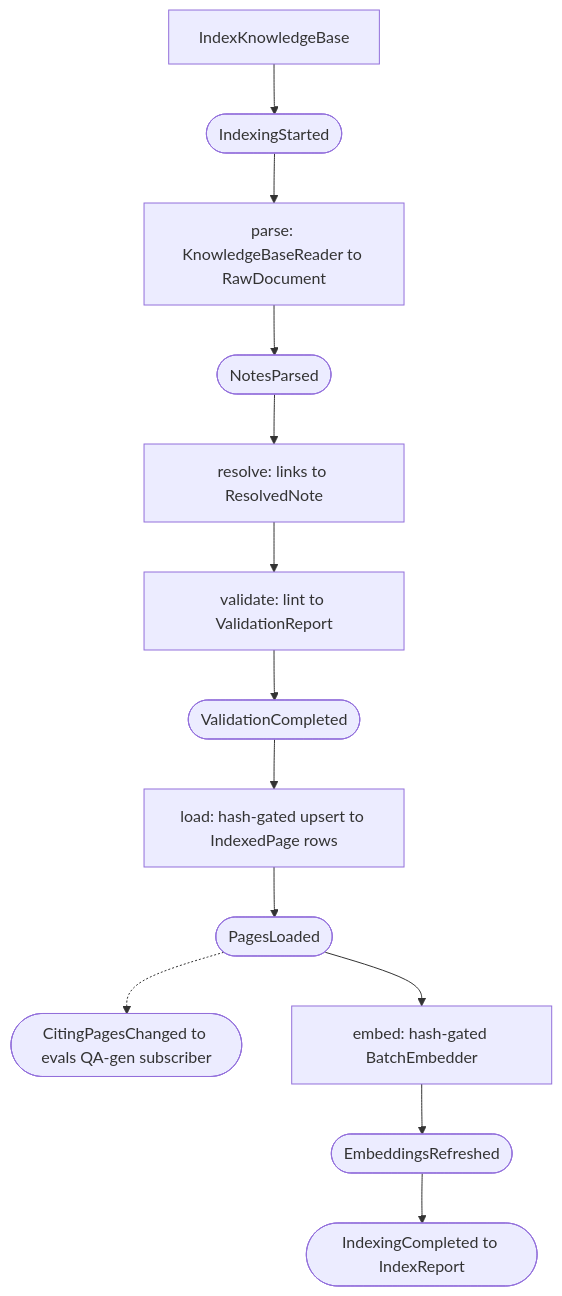
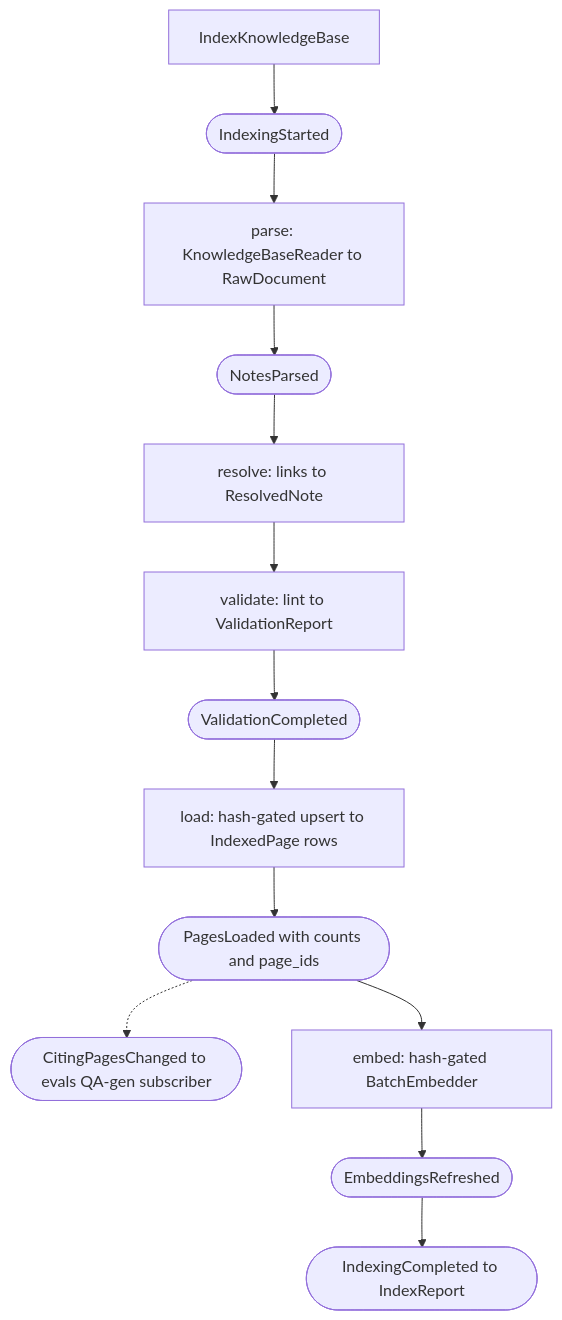
The diagram in engram/docs/reference/indexing.md (BucketHeadP65/ai-studio), drawn with Mermaid before and after one commit. The commit also changed other lines of this file and 8 other files, not shown here.

Commit message:
feat(engram): list the pages whose file content an index changed on PagesLoaded

````diff
--- a/engram/docs/reference/indexing.md
+++ b/engram/docs/reference/indexing.md
@@ -107,15 +113,15 @@
 ```mermaid
 flowchart TD
     A[IndexKnowledgeBase] --> S([IndexingStarted])
     S --> P[parse: KnowledgeBaseReader to RawDocument]
     P --> N([NotesParsed])
     N --> R[resolve: links to ResolvedNote]
     R --> V[validate: lint to ValidationReport]
     V --> L([ValidationCompleted])
     L --> LD[load: hash-gated upsert to IndexedPage rows]
-    LD --> PL([PagesLoaded])
+    LD --> PL([PagesLoaded with counts and page_ids])
     PL -.-> PC([CitingPagesChanged to evals QA-gen subscriber])
     PL --> E[embed: hash-gated BatchEmbedder]
     E --> ER([EmbeddingsRefreshed])
     ER --> C([IndexingCompleted to IndexReport])
 ```
````
